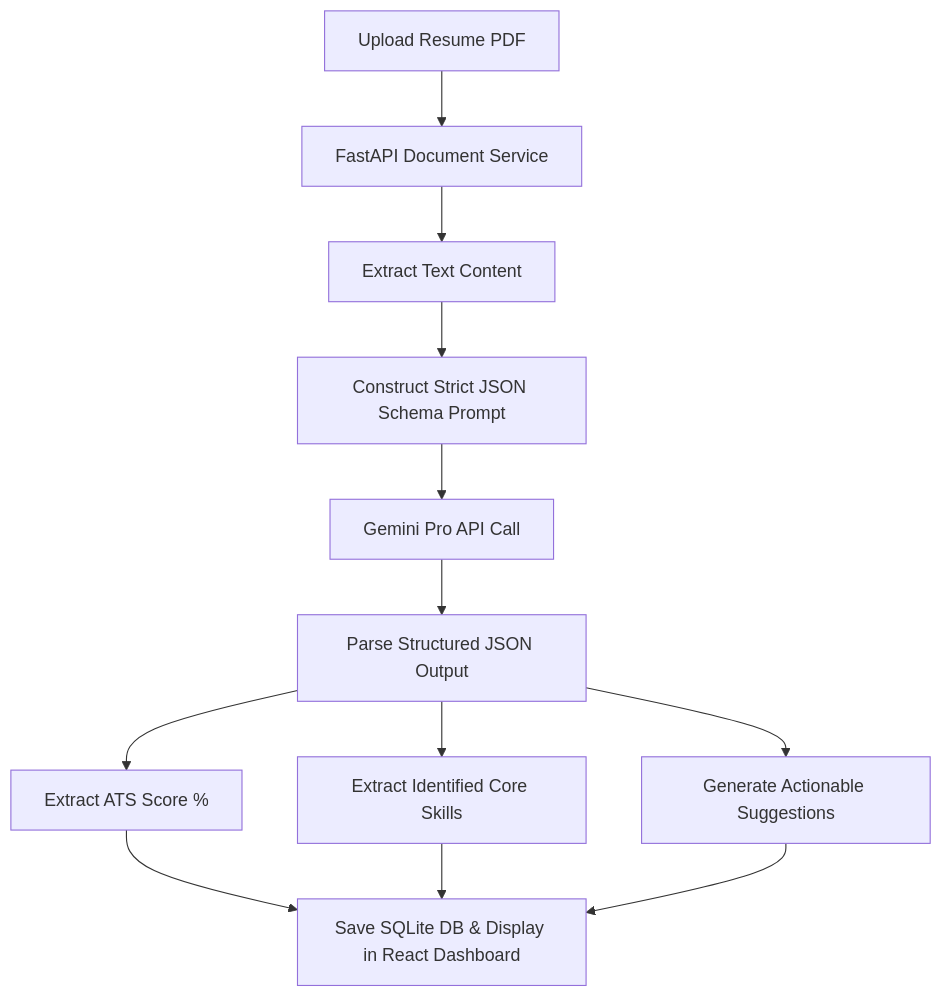
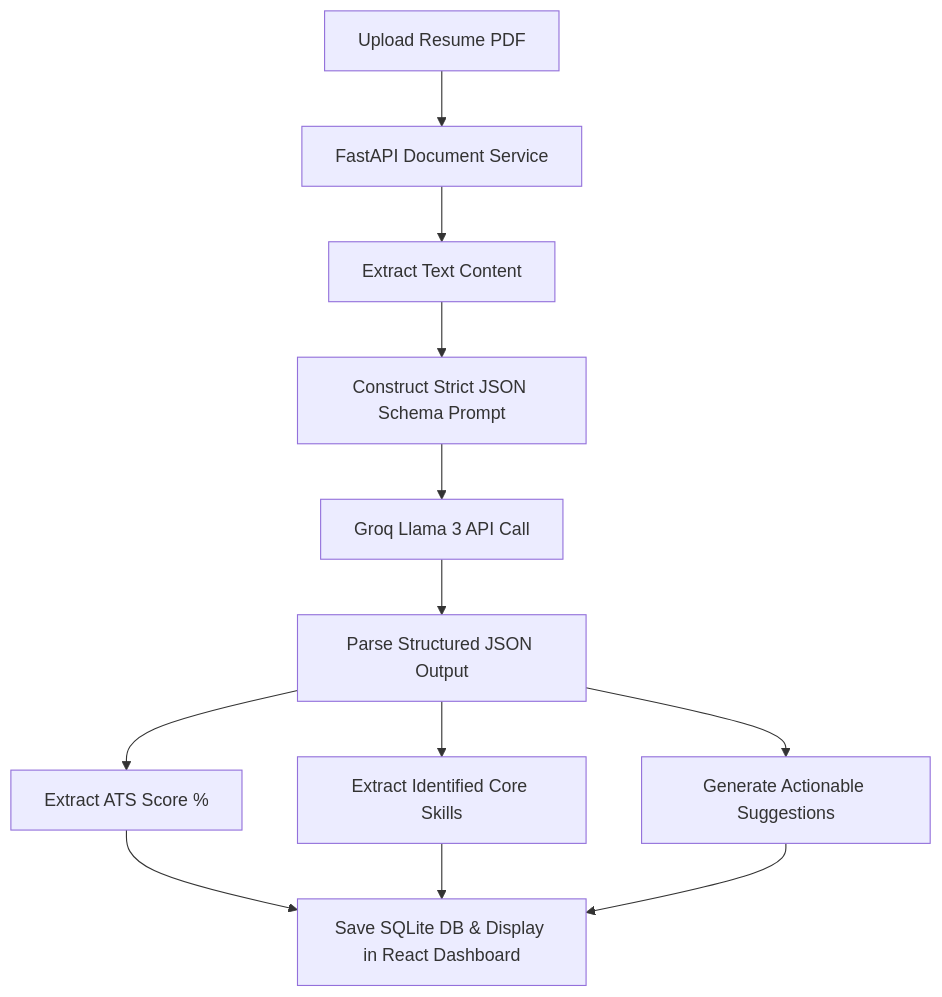
Before and after one commit to yashanandd/AI-Resume-Analyzer: the diagram in README.md, drawn with Mermaid. The commit also changed other lines of this file and 3 other files, not shown here.

Commit message:
Migrate LLM engine to Groq Llama-3.1 API with structured JSON mode

````diff
--- a/README.md
+++ b/README.md
@@ -31,12 +31,12 @@
 ```mermaid
 graph TD
     A[Upload Resume PDF] --> B[FastAPI Document Service]
     B --> C[Extract Text Content]
     C --> D[Construct Strict JSON Schema Prompt]
-    D --> E[Gemini Pro API Call]
+    D --> E[Groq Llama 3 API Call]
     E --> F[Parse Structured JSON Output]
     F --> G[Extract ATS Score %]
     F --> H[Extract Identified Core Skills]
     F --> I[Generate Actionable Suggestions]
     G & H & I --> J[Save SQLite DB & Display in React Dashboard]
 ```
````
